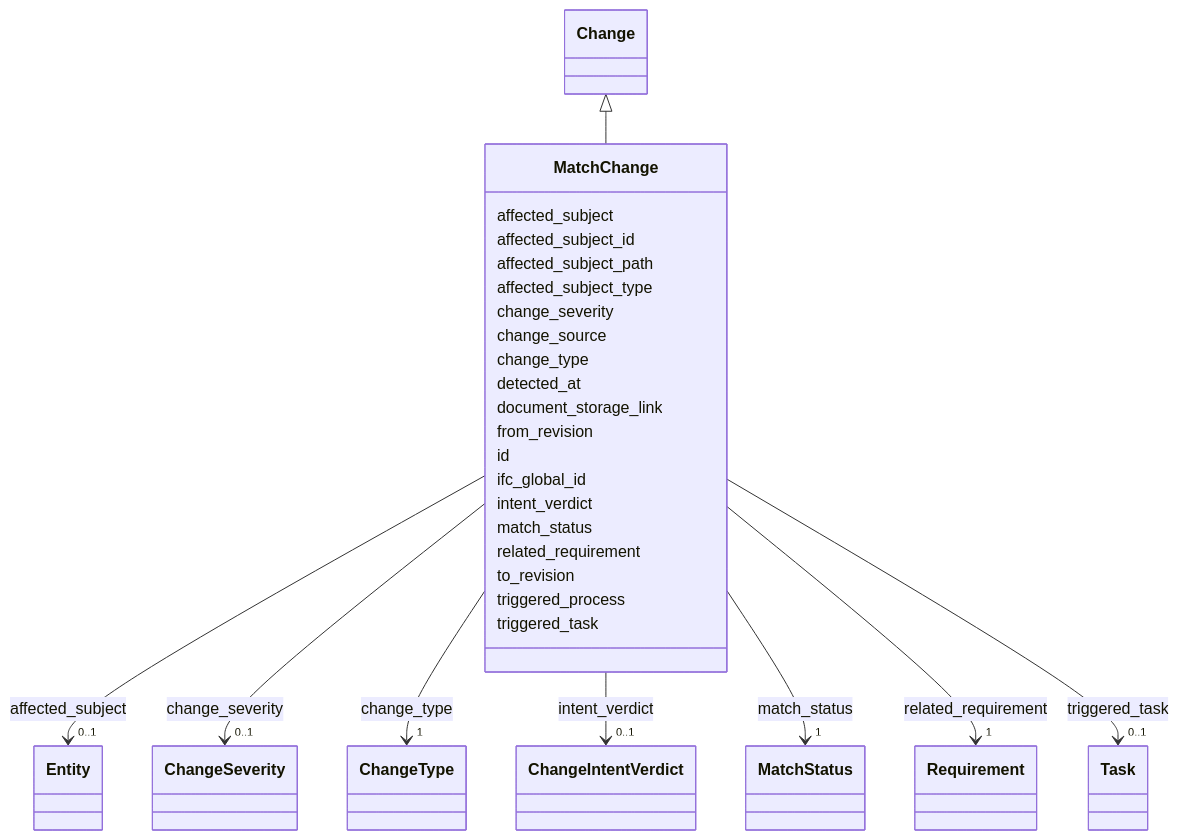
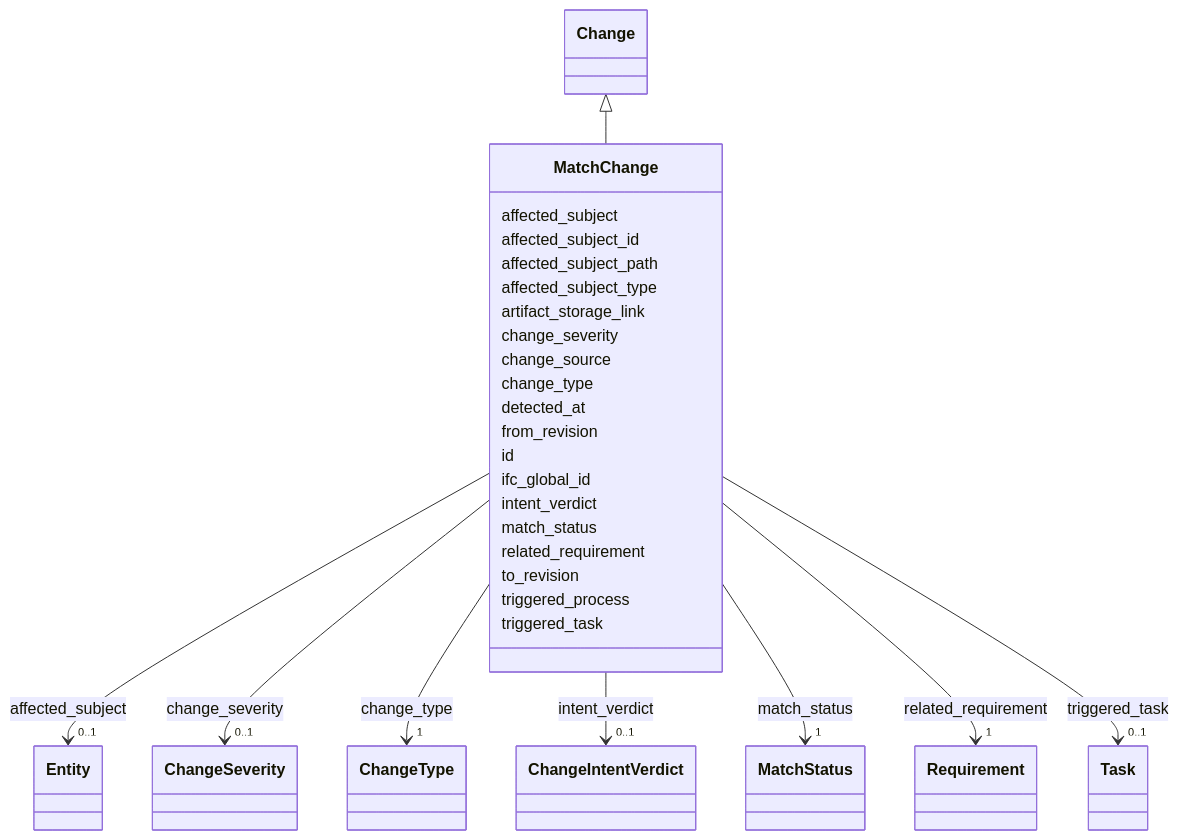
The diagram in site/schema/MatchChange.md (simondilhas/pragmatic-bim-data-contract), drawn with Mermaid before and after one commit. The commit also changed other lines of this file and 510 other files, not shown here.

First line of the commit message:
Update mkdocs configuration, schema files, and documentation for improved clarity and consistency

````diff
--- a/site/schema/MatchChange.md
+++ b/site/schema/MatchChange.md
@@ -25,39 +25,39 @@
 ```mermaid
  classDiagram
     class MatchChange
     click MatchChange href "./MatchChange.html"
       Change <|-- MatchChange
         click Change href "./Change.html"
       MatchChange : affected_subject
         MatchChange --> "0..1" Entity : affected_subject
         click Entity href "./Entity.html"
       MatchChange : affected_subject_id
       MatchChange : affected_subject_path
       MatchChange : affected_subject_type
+      MatchChange : artifact_storage_link
       MatchChange : change_severity
         MatchChange --> "0..1" ChangeSeverity : change_severity
         click ChangeSeverity href "./ChangeSeverity.html"
       MatchChange : change_source
       MatchChange : change_type
         MatchChange --> "1" ChangeType : change_type
         click ChangeType href "./ChangeType.html"
       MatchChange : detected_at
-      MatchChange : document_storage_link
       MatchChange : from_revision
       MatchChange : id
       MatchChange : ifc_global_id
       MatchChange : intent_verdict
         MatchChange --> "0..1" ChangeIntentVerdict : intent_verdict
         click ChangeIntentVerdict href "./ChangeIntentVerdict.html"
       MatchChange : match_status
         MatchChange --> "1" MatchStatus : match_status
         click MatchStatus href "./MatchStatus.html"
       MatchChange : related_requirement
         MatchChange --> "1" Requirement : related_requirement
         click Requirement href "./Requirement.html"
       MatchChange : to_revision
       MatchChange : triggered_process
       MatchChange : triggered_task
         MatchChange --> "0..1" Task : triggered_task
         click Task href "./Task.html"
 ```
````
